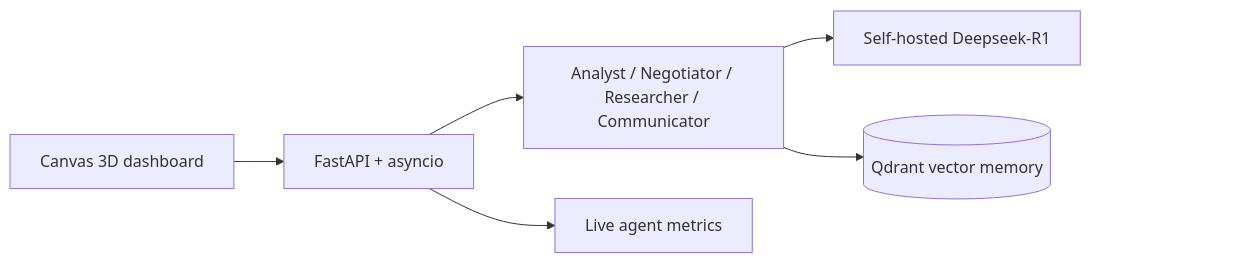
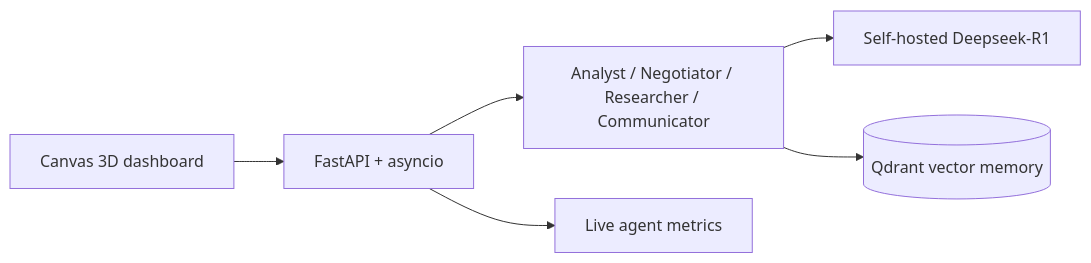
One commit to a-nayem/a-nayem changed the second of 2 diagrams in README.md. Above: the diagram before and after it, drawn with Mermaid. The commit also changed other lines of this file, not shown here.

````diff
--- a/README.md
+++ b/README.md
@@ -185,12 +221,8 @@
 ```mermaid
 flowchart LR
     DASH["Canvas 3D dashboard"] --> API["FastAPI + asyncio"]
     API --> AGT["Analyst / Negotiator / Researcher / Communicator"]
     AGT --> LLM["Self-hosted Deepseek-R1"]
     AGT --> VDB[("Qdrant vector memory")]
     API --> MET["Live agent metrics"]
-    SP["#160;#160;#160;#160;#160;#160;#160;#160;#160;#160;#160;#160;"]
-    LLM ~~~ SP
-    VDB ~~~ SP
-    style SP fill:none,stroke:none
 ```
````
